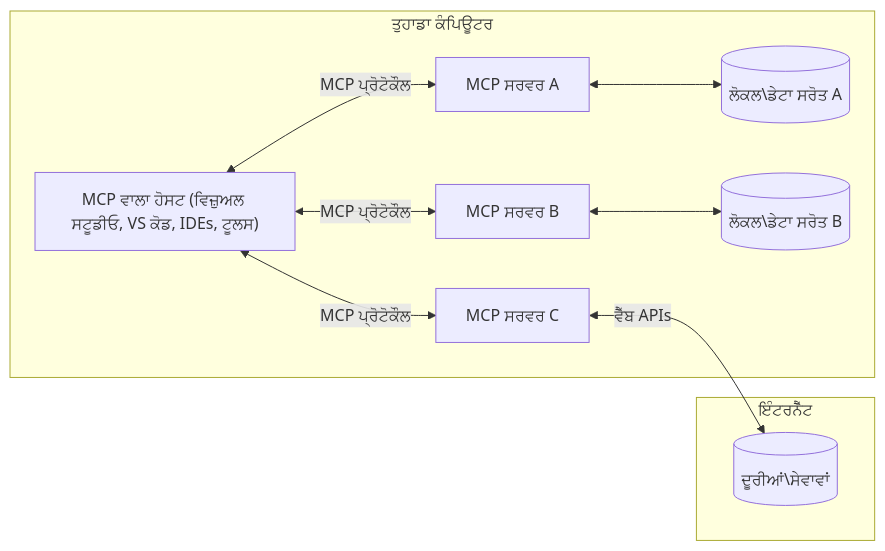
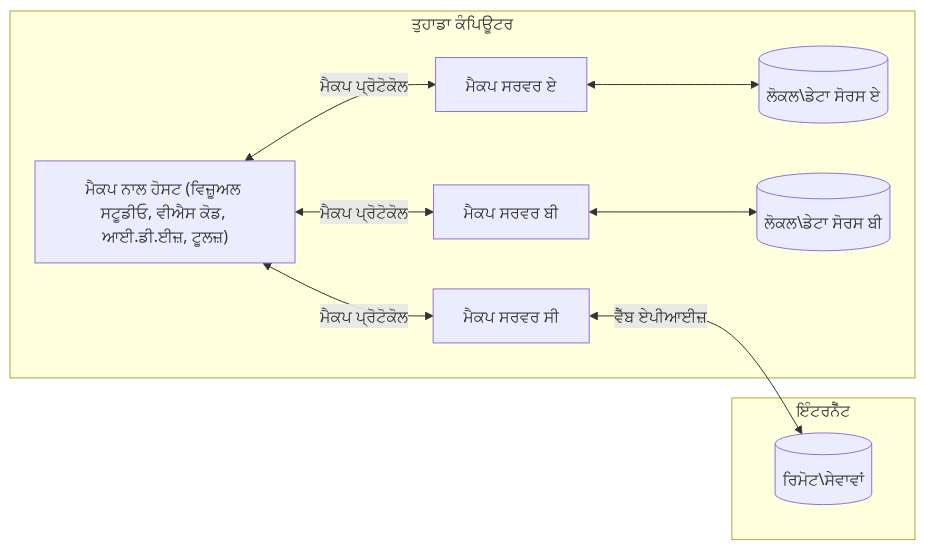
Before and after one commit to Mu-L/mcp-for-beginners: the diagram in translations/pa/01-CoreConcepts/README.md, drawn with Mermaid. The commit also changed other lines of this file and 5 other files, not shown here.

````diff
--- a/translations/pa/01-CoreConcepts/README.md
+++ b/translations/pa/01-CoreConcepts/README.md
@@ -45,17 +45,17 @@
 ```mermaid
 flowchart LR
     subgraph "ਤੁਹਾਡਾ ਕੰਪਿਊਟਰ"
-        Host["MCP ਵਾਲਾ ਹੋਸਟ (ਵਿਜ਼ੁਅਲ ਸਟੂਡੀਓ, VS ਕੋਡ, IDEs, ਟੂਲਸ)"]
-        S1["MCP ਸਰਵਰ A"]
-        S2["MCP ਸਰਵਰ B"]
-        S3["MCP ਸਰਵਰ C"]
-        Host <-->|"MCP ਪ੍ਰੋਟੋਕੌਲ"| S1
-        Host <-->|"MCP ਪ੍ਰੋਟੋਕੌਲ"| S2
-        Host <-->|"MCP ਪ੍ਰੋਟੋਕੌਲ"| S3
-        S1 <--> D1[("ਲੋਕਲ\ਡੇਟਾ ਸਰੋਤ A")]
-        S2 <--> D2[("ਲੋਕਲ\ਡੇਟਾ ਸਰੋਤ B")]
+        Host["ਮੈਕਪ ਨਾਲ ਹੋਸਟ (ਵਿਜ਼ੂਅਲ ਸਟੂਡੀਓ, ਵੀਐਸ ਕੋਡ, ਆਈ.ਡੀ.ਈਜ਼, ਟੂਲਜ਼)"]
+        S1["ਮੈਕਪ ਸਰਵਰ ਏ"]
+        S2["ਮੈਕਪ ਸਰਵਰ ਬੀ"]
+        S3["ਮੈਕਪ ਸਰਵਰ ਸੀ"]
+        Host <-->|"ਮੈਕਪ ਪ੍ਰੋਟੋਕੋਲ"| S1
+        Host <-->|"ਮੈਕਪ ਪ੍ਰੋਟੋਕੋਲ"| S2
+        Host <-->|"ਮੈਕਪ ਪ੍ਰੋਟੋਕੋਲ"| S3
+        S1 <--> D1[("ਲੋਕਲ\ਡੇਟਾ ਸੋਰਸ ਏ")]
+        S2 <--> D2[("ਲੋਕਲ\ਡੇਟਾ ਸੋਰਸ ਬੀ")]
     end
     subgraph "ਇੰਟਰਨੈੱਟ"
-        S3 <-->|"ਵੈੱਬ APIs"| D3[("ਦੂਰੀਆਂ\ਸੇਵਾਵਾਂ")]
+        S3 <-->|"ਵੈੱਬ ਏਪੀਆਈਜ਼"| D3[("ਰਿਮੋਟ\ਸੇਵਾਵਾਂ")]
     end
-```  
+```
````
